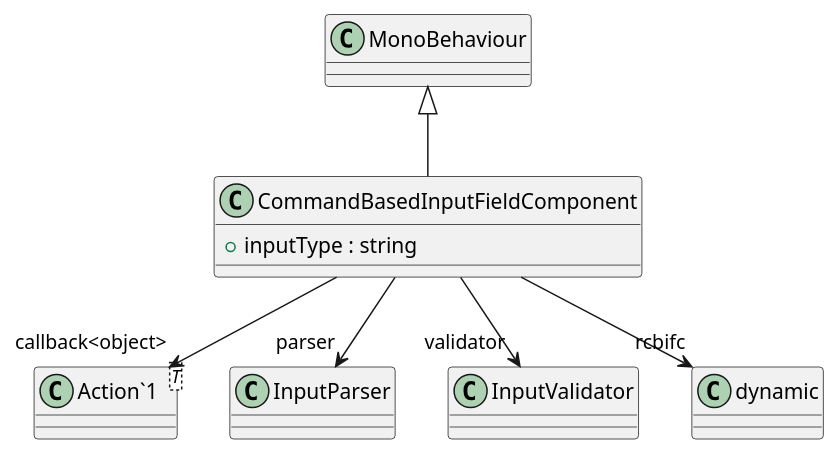
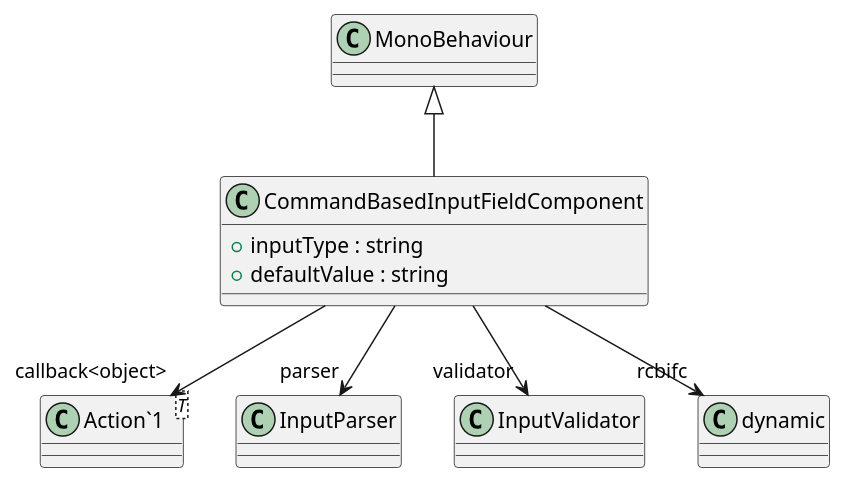
The diagram in UML/CommandBasedComponents/SupportingScripts/CommandBasedInputFieldComponent.puml (streepje8/ToolDev2023), drawn with PlantUML before and after one commit. The commit also changed 19 other files, not shown here.

Commit message:
Generate UML (Generate UML)

```diff
--- a/UML/CommandBasedComponents/SupportingScripts/CommandBasedInputFieldComponent.puml
+++ b/UML/CommandBasedComponents/SupportingScripts/CommandBasedInputFieldComponent.puml
@@ -1,12 +1,13 @@
 @startuml
 class CommandBasedInputFieldComponent {
     + inputType : string
+    + defaultValue : string
 }
 class "Action`1"<T> {
 }
 MonoBehaviour <|-- CommandBasedInputFieldComponent
 CommandBasedInputFieldComponent --> "parser" InputParser
 CommandBasedInputFieldComponent --> "validator" InputValidator
 CommandBasedInputFieldComponent --> "callback<object>" "Action`1"
 CommandBasedInputFieldComponent --> "rcbifc" dynamic
 @enduml
```
